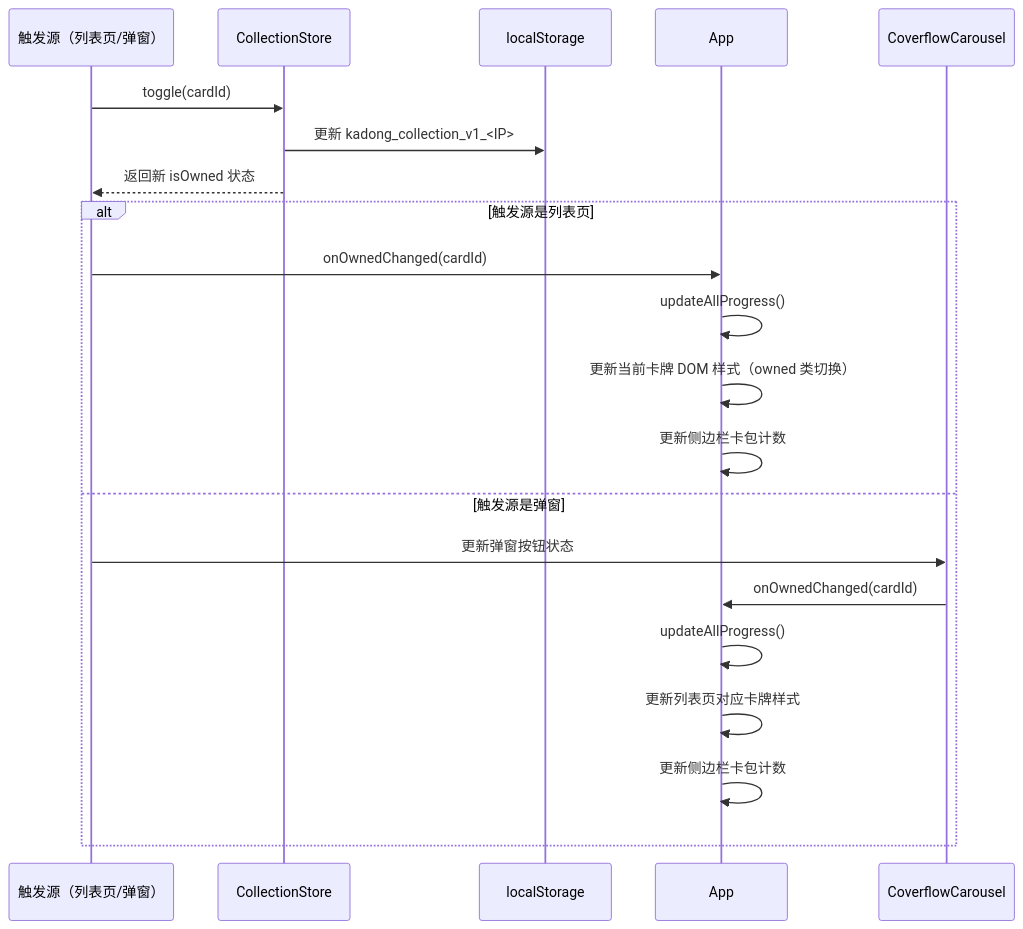
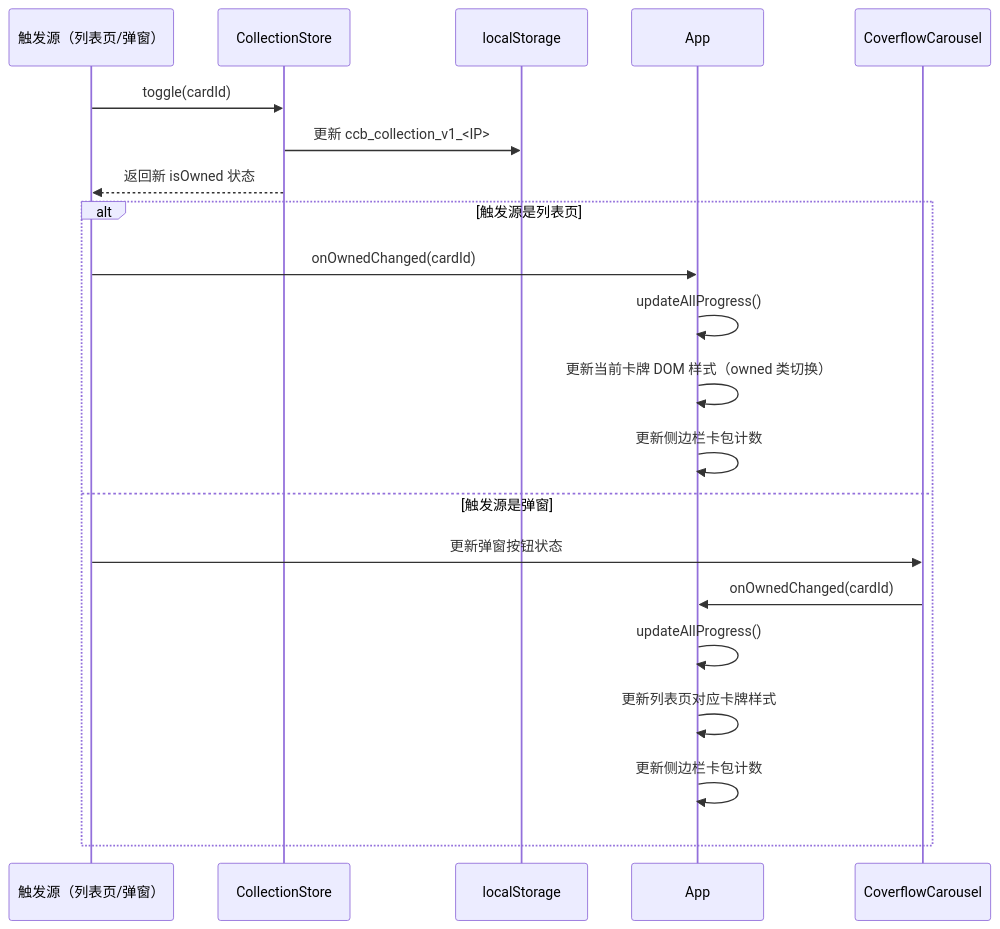
Before and after one commit to 5244DragonLin/doraemon-card-collection: the fourth of 5 diagrams in docs/ARCHITECTURE.md, drawn with Mermaid. The commit also changed other lines of this file and 14 other files, not shown here.

````diff
--- a/docs/ARCHITECTURE.md
+++ b/docs/ARCHITECTURE.md
@@ -555,25 +555,25 @@
 ```mermaid
 sequenceDiagram
     participant Source as 触发源（列表页/弹窗）
     participant Store as CollectionStore
     participant LS as localStorage
     participant App as App
     participant Carousel as CoverflowCarousel
 
     Source->>Store: toggle(cardId)
-    Store->>LS: 更新 kadong_collection_v1_<IP>
+    Store->>LS: 更新 ccb_collection_v1_<IP>
     Store-->>Source: 返回新 isOwned 状态
 
     alt 触发源是列表页
         Source->>App: onOwnedChanged(cardId)
         App->>App: updateAllProgress()
         App->>App: 更新当前卡牌 DOM 样式（owned 类切换）
         App->>App: 更新侧边栏卡包计数
     else 触发源是弹窗
         Source->>Carousel: 更新弹窗按钮状态
         Carousel->>App: onOwnedChanged(cardId)
         App->>App: updateAllProgress()
         App->>App: 更新列表页对应卡牌样式
         App->>App: 更新侧边栏卡包计数
     end
 ```
````
